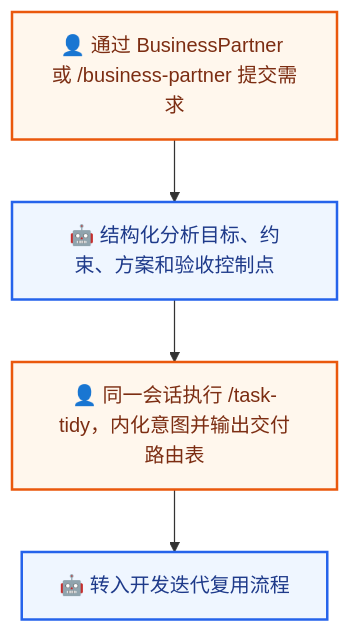
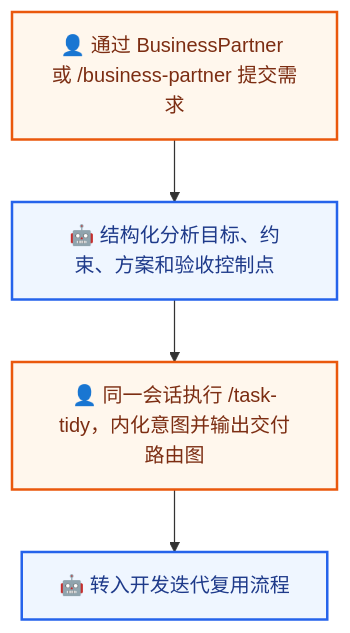
One commit to derekhu0002/Argo changed the first of 5 diagrams in README.md. Above: the diagram before and after it, drawn with Mermaid. The commit also changed other lines of this file and 3 other files, not shown here.

````diff
--- a/README.md
+++ b/README.md
@@ -74,10 +74,10 @@
 ```mermaid
 flowchart TD
     A[👤 通过 BusinessPartner 或 /business-partner 提交需求] --> B[🤖 结构化分析目标、约束、方案和验收控制点]
-    B --> D[👤 同一会话执行 /task-tidy，内化意图并输出交付路由表]
+    B --> D[👤 同一会话执行 /task-tidy，内化意图并输出交付路由图]
     D --> E[🤖 转入开发迭代复用流程]
     classDef human fill:#fff7ed,stroke:#ea580c,color:#7c2d12,stroke-width:2px
     classDef ai fill:#eff6ff,stroke:#2563eb,color:#1e3a8a,stroke-width:2px
     class A,D human
     class B,E ai
 ```
````
